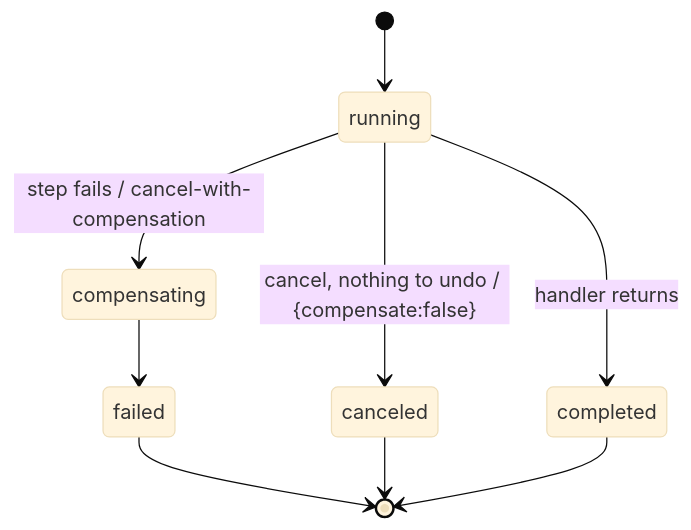
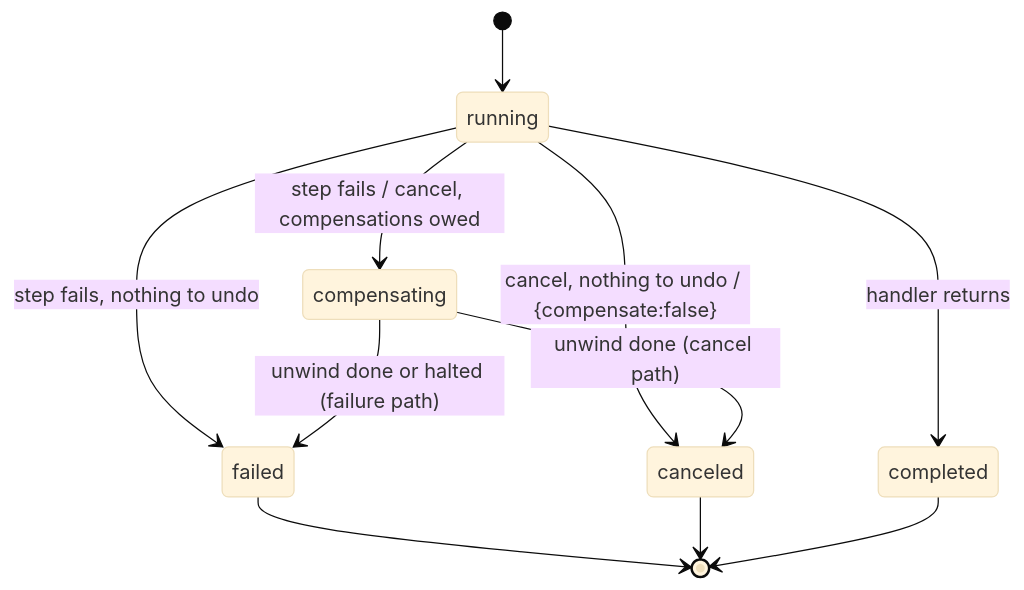
One commit to helipod-sh/helipod changed the second of 2 diagrams in docs/content/docs/components/workflows.mdx. Above: the diagram before and after it, drawn with Mermaid (base theme). The commit also changed other lines of this file and 51 other files, not shown here.

````diff
--- a/docs/content/docs/components/workflows.mdx
+++ b/docs/content/docs/components/workflows.mdx
@@ -388,11 +438,13 @@
 ```mermaid
 stateDiagram-v2
     [*] --> running
-    running --> compensating: step fails / cancel-with-compensation
-    compensating --> failed
+    running --> compensating: step fails / cancel, compensations owed
+    running --> failed: step fails, nothing to undo
     running --> canceled: cancel, nothing to undo / {compensate:false}
     running --> completed: handler returns
+    compensating --> failed: unwind done or halted (failure path)
+    compensating --> canceled: unwind done (cancel path)
     failed --> [*]
     canceled --> [*]
     completed --> [*]
 ```
````
